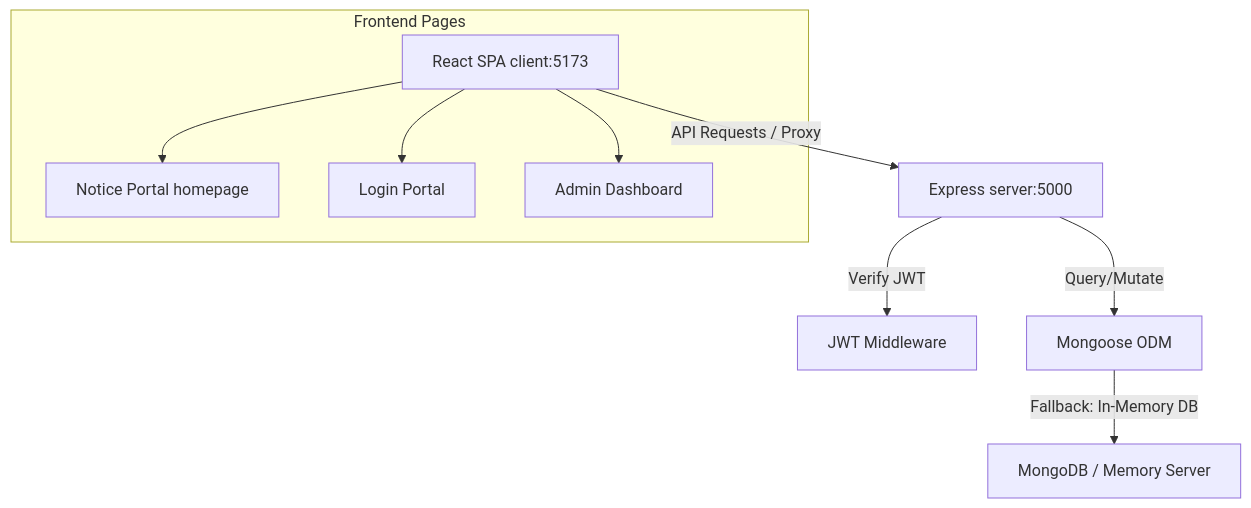
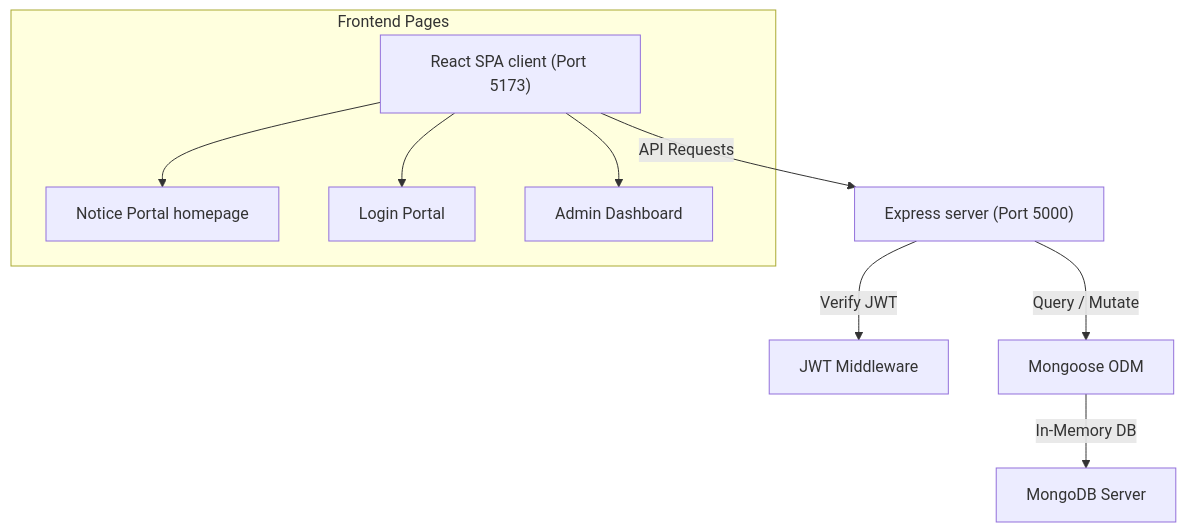
One commit to Harrycoding1/MERN-Stack-Notice-Portal-with-Premium-Visuals changed the diagram in README.md. Above: the diagram before and after it, drawn with Mermaid.

Commit message:
fix: Quote special characters and spaces in Mermaid diagram in README.md

````diff
--- a/README.md
+++ b/README.md
@@ -24,13 +24,13 @@
 ```mermaid
 graph TD
-    Client[React SPA client:5173] -->|API Requests / Proxy| Express[Express server:5000]
-    Express -->|Verify JWT| Auth[JWT Middleware]
-    Express -->|Query/Mutate| Mongoose[Mongoose ODM]
-    Mongoose -->|Fallback: In-Memory DB| Mongo[MongoDB / Memory Server]
+    Client["React SPA client (Port 5173)"] -->|API Requests| Express["Express server (Port 5000)"]
+    Express -->|Verify JWT| Auth["JWT Middleware"]
+    Express -->|Query / Mutate| Mongoose["Mongoose ODM"]
+    Mongoose -->|In-Memory DB| Mongo["MongoDB Server"]
     
-    subgraph Frontend Pages
-        Client --> Notices[Notice Portal homepage]
-        Client --> Login[Login Portal]
-        Client --> Dashboard[Admin Dashboard]
+    subgraph "Frontend Pages"
+        Client --> Notices["Notice Portal homepage"]
+        Client --> Login["Login Portal"]
+        Client --> Dashboard["Admin Dashboard"]
     end
 ```
````
